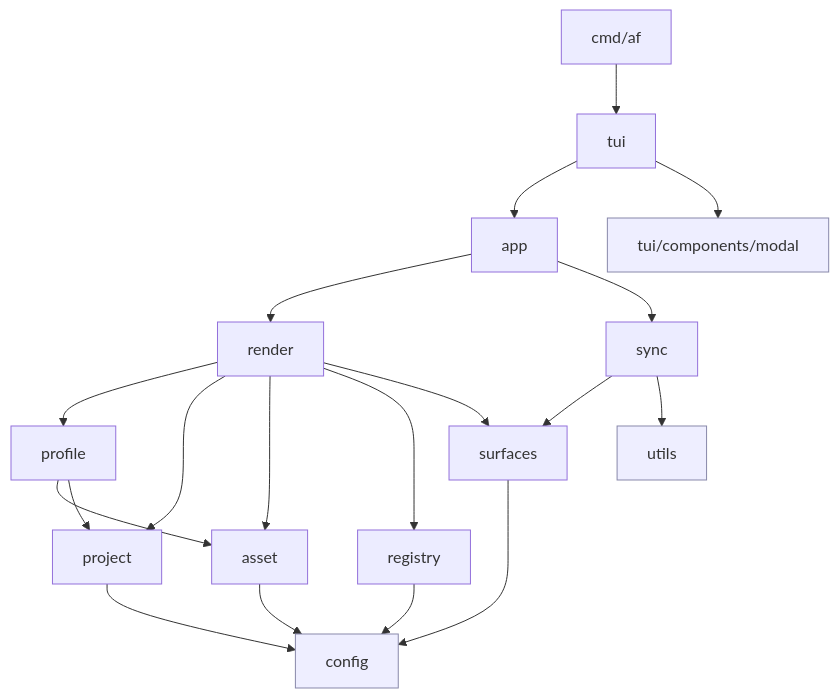
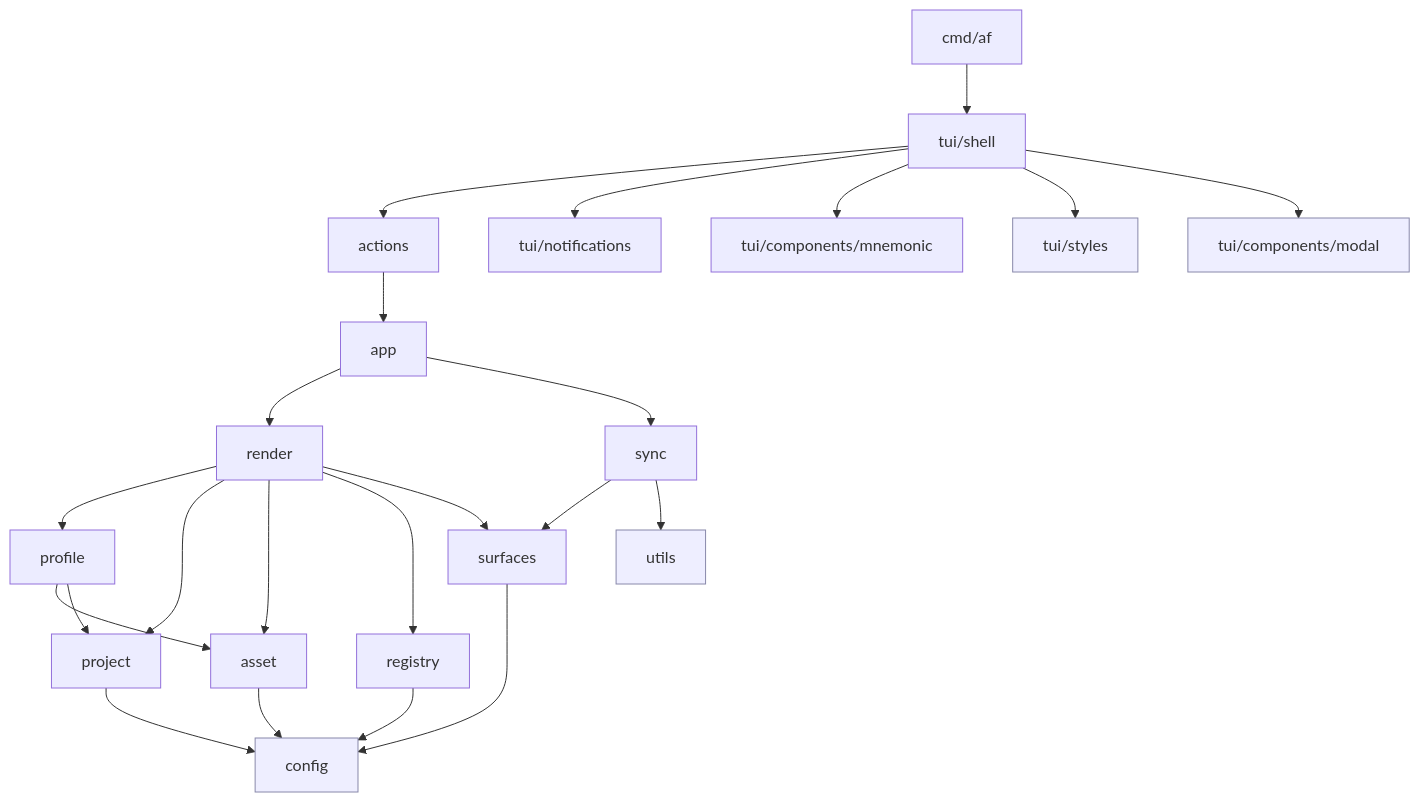
The diagram in docs/architecture/05-building-block-view.md (Hexworks/agentfiles), drawn with Mermaid before and after one commit. The commit also changed other lines of this file and 21 other files, not shown here.

Commit message:
feat: implement TUI shell rewrite

````diff
--- a/docs/architecture/05-building-block-view.md
+++ b/docs/architecture/05-building-block-view.md
@@ -8,24 +8,28 @@
 ```mermaid
 flowchart TD
-    cmdaf["cmd/af"] --> tui
-    tui --> app
+    cmdaf["cmd/af"] --> tui_shell["tui/shell"]
+    tui_shell --> actions
+    tui_shell --> tui_notifications["tui/notifications"]
+    tui_shell --> tui_mnemonic["tui/components/mnemonic"]
+    tui_shell --> tui_styles["tui/styles"]
+    actions --> app
     app --> render
     app --> sync
     render --> profile
     render --> project
     render --> asset
     render --> registry
     render --> surfaces
     sync --> surfaces
     sync --> utils
     profile --> asset
     profile --> project
     asset --> config
     project --> config
     registry --> config
     surfaces --> config
-    tui --> tui_components_modal["tui/components/modal"]
+    tui_shell --> tui_components_modal["tui/components/modal"]
 
     classDef leaf fill:#eef,stroke:#88a;
-    class config,errs,utils,tui_components_modal leaf;
+    class config,errs,utils,tui_components_modal,tui_styles leaf;
 ```
````
